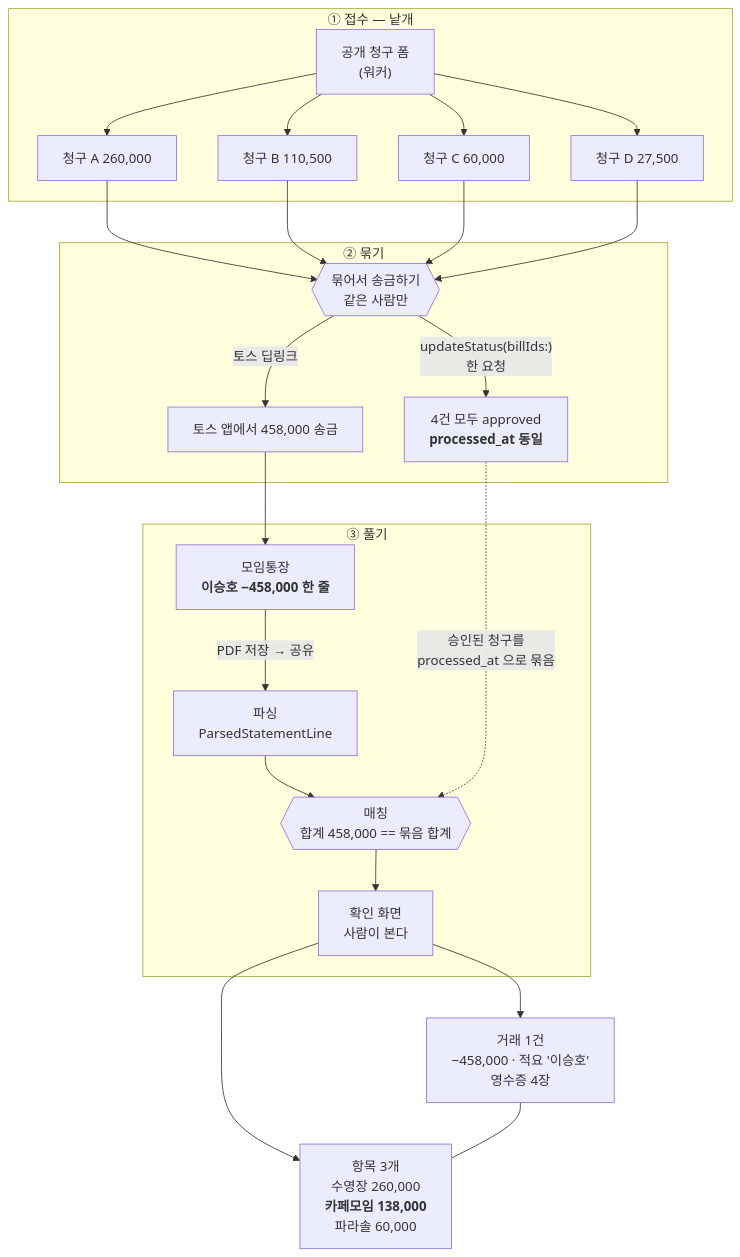
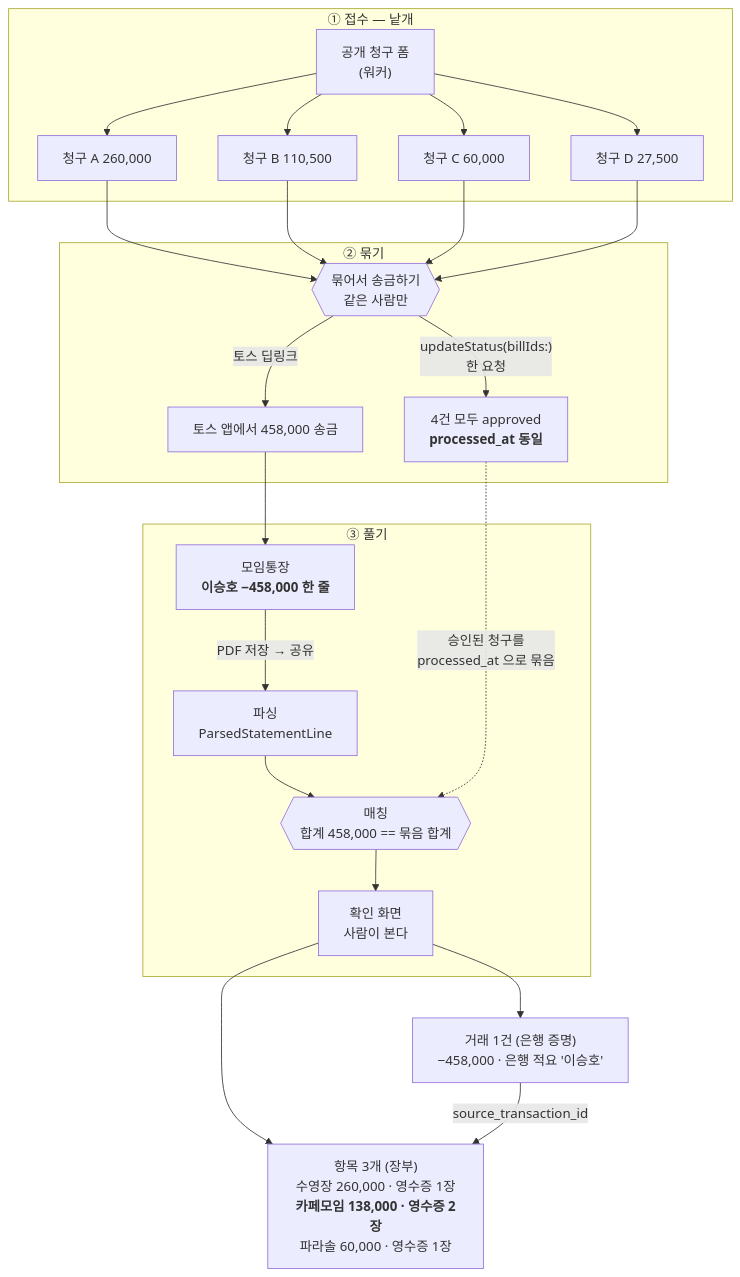
One commit to Ciracino88/nanuri-ios-app changed the diagram in ARCHITECTURE.md. Above: the diagram before and after it, drawn with Mermaid. The commit also changed other lines of this file, not shown here.

First line of the commit message:
ARCHITECTURE.md 를 재정 2층 모델에 맞춤

````diff
--- a/ARCHITECTURE.md
+++ b/ARCHITECTURE.md
@@ -245,30 +274,30 @@
 ```mermaid
 flowchart TD
     subgraph 접수["① 접수 — 낱개"]
         F["공개 청구 폼<br/>(워커)"] --> B1["청구 A 260,000"]
         F --> B2["청구 B 110,500"]
         F --> B3["청구 C 60,000"]
         F --> B4["청구 D 27,500"]
     end
 
     B1 & B2 & B3 & B4 --> S{{"묶어서 송금하기<br/>같은 사람만"}}
 
     subgraph 송금["② 묶기"]
         S -->|"토스 딥링크"| T["토스 앱에서 458,000 송금"]
         S -->|"updateStatus(billIds:)<br/>한 요청"| M["4건 모두 approved<br/><b>processed_at 동일</b>"]
     end
 
     T --> BANK["모임통장<br/><b>이승호 −458,000 한 줄</b>"]
 
     subgraph 되읽기["③ 풀기"]
         BANK -->|"PDF 저장 → 공유"| PARSE["파싱<br/>ParsedStatementLine"]
         PARSE --> MATCH{{"매칭<br/>합계 458,000 == 묶음 합계"}}
         M -.->|"승인된 청구를<br/>processed_at 으로 묶음"| MATCH
         MATCH --> CHECK["확인 화면<br/>사람이 본다"]
     end
 
-    CHECK --> TX["거래 1건<br/>−458,000 · 적요 '이승호'<br/>영수증 4장"]
-    CHECK --> SP["항목 3개<br/>수영장 260,000<br/><b>카페모임 138,000</b><br/>파라솔 60,000"]
+    CHECK --> TX["거래 1건 (은행 증명)<br/>−458,000 · 은행 적요 '이승호'"]
+    CHECK --> SP["항목 3개 (장부)<br/>수영장 260,000 · 영수증 1장<br/><b>카페모임 138,000 · 영수증 2장</b><br/>파라솔 60,000 · 영수증 1장"]
 
-    TX --- SP
+    TX -->|"source_transaction_id"| SP
 ```
````
